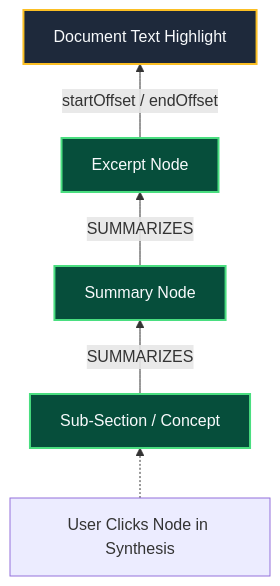
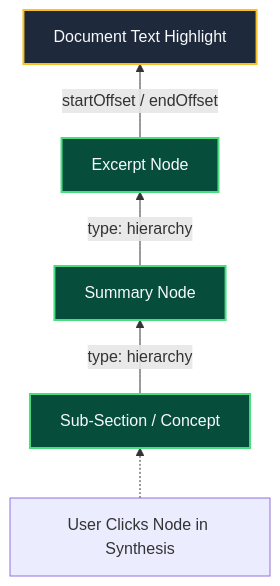
The second of 3 diagrams in project_context.md (CLocs/internalize-back), drawn with Mermaid before and after one commit. The commit also changed other lines of this file, not shown here.

````diff
--- a/project_context.md
+++ b/project_context.md
@@ -57,13 +59,13 @@
 ```mermaid
 graph BT
-    SubConcept["Sub-Section / Concept"] -->|SUMMARIZES| Summary["Summary Node"]
-    Summary -->|SUMMARIZES| Excerpt["Excerpt Node"]
+    SubConcept["Sub-Section / Concept"] -->|type: hierarchy| Summary["Summary Node"]
+    Summary -->|type: hierarchy| Excerpt["Excerpt Node"]
     Excerpt -->|startOffset / endOffset| Source["Document Text Highlight"]
 
     Click["User Clicks Node in Synthesis"] -.-> SubConcept
 
     classDef trace fill:#064e3b,stroke:#4ade80,stroke-width:2px,color:#f8fafc
     classDef doc fill:#1e293b,stroke:#fbbf24,stroke-width:2px,color:#f8fafc
     class SubConcept,Summary,Excerpt trace
     class Source doc
 ```
````
